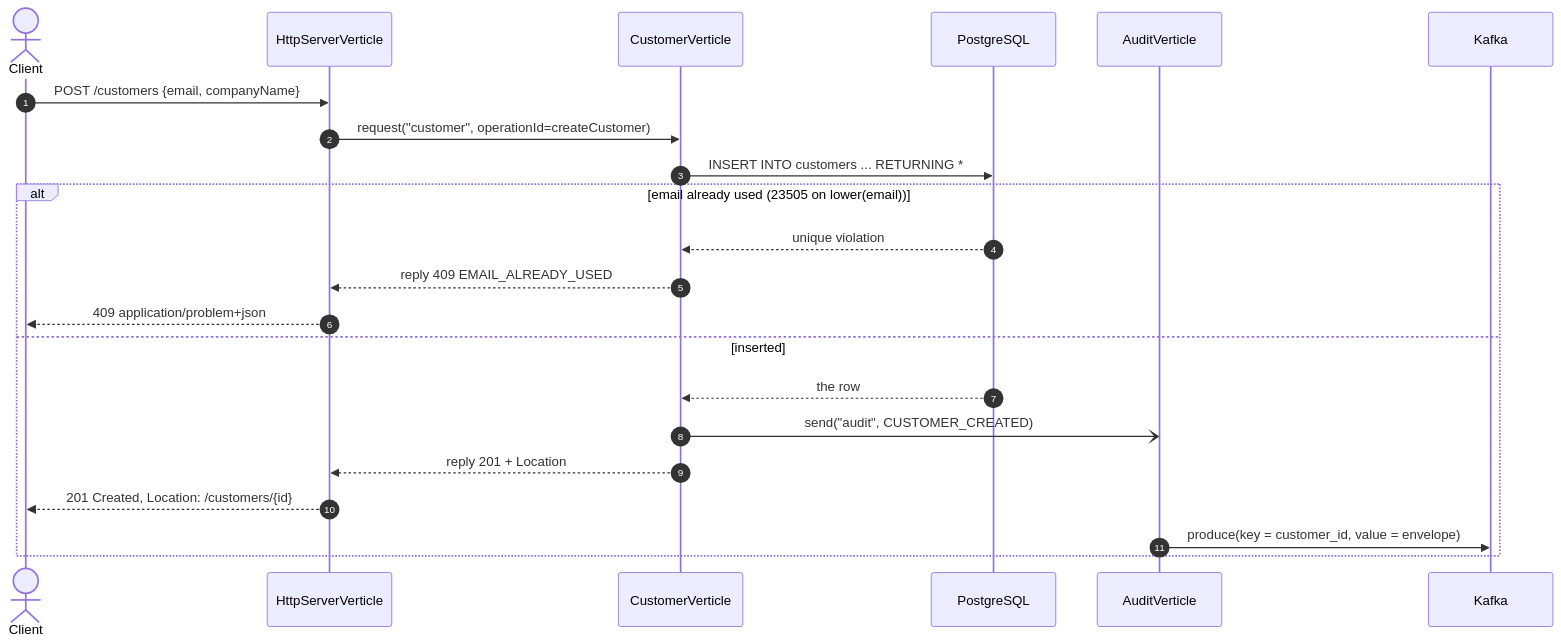
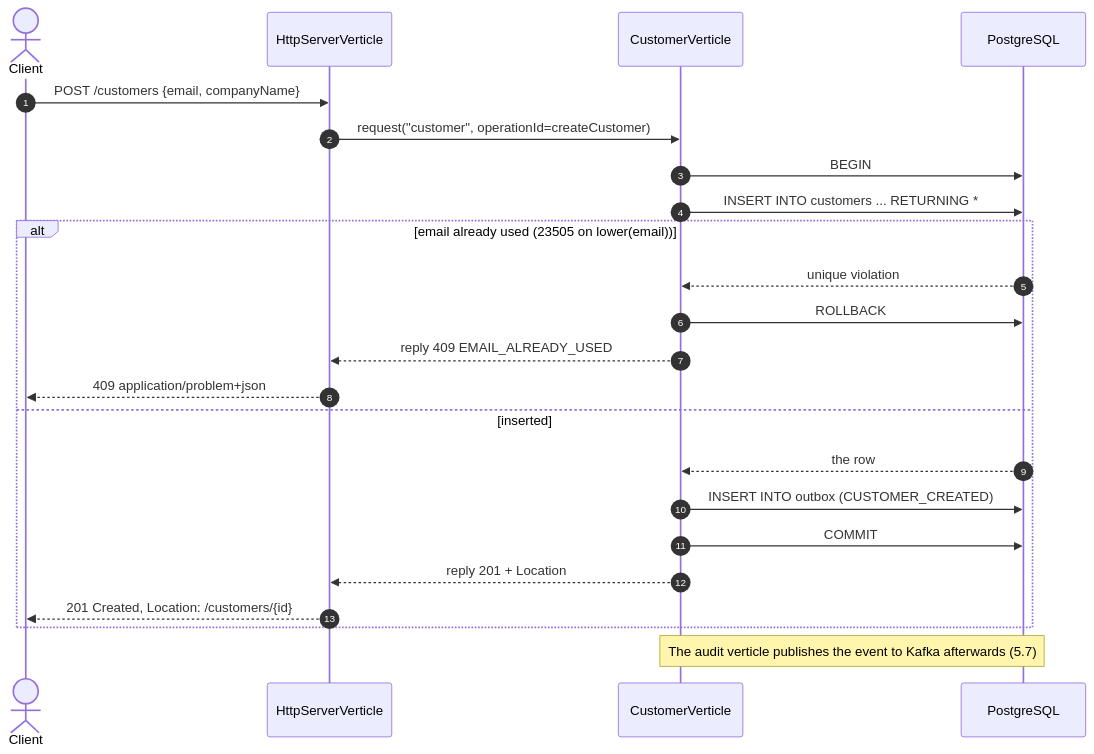
The sixth of 17 diagrams in docs/ARCHITECTURE.md (bataillec/customer-api-vertx), drawn with Mermaid before and after one commit. The commit also changed other lines of this file and 41 other files, not shown here.

First line of the commit message:
feat(Audit): Write audit events through a transactional outbox (#23)

````diff
--- a/docs/ARCHITECTURE.md
+++ b/docs/ARCHITECTURE.md
@@ -226,24 +229,25 @@
 ```mermaid
 sequenceDiagram
     autonumber
     actor C as Client
     participant H as HttpServerVerticle
     participant CU as CustomerVerticle
     participant DB as PostgreSQL
-    participant A as AuditVerticle
-    participant K as Kafka
     C ->> H: POST /customers {email, companyName}
     H ->> CU: request("customer", operationId=createCustomer)
+    CU ->> DB: BEGIN
     CU ->> DB: INSERT INTO customers ... RETURNING *
     alt email already used (23505 on lower(email))
         DB -->> CU: unique violation
+        CU ->> DB: ROLLBACK
         CU -->> H: reply 409 EMAIL_ALREADY_USED
         H -->> C: 409 application/problem+json
     else inserted
         DB -->> CU: the row
-        CU -) A: send("audit", CUSTOMER_CREATED)
+        CU ->> DB: INSERT INTO outbox (CUSTOMER_CREATED)
+        CU ->> DB: COMMIT
         CU -->> H: reply 201 + Location
         H -->> C: 201 Created, Location: /customers/{id}
-        A ->> K: produce(key = customer_id, value = envelope)
     end
+    note over CU, DB: The audit verticle publishes the event to Kafka afterwards (5.7)
 ```
````
